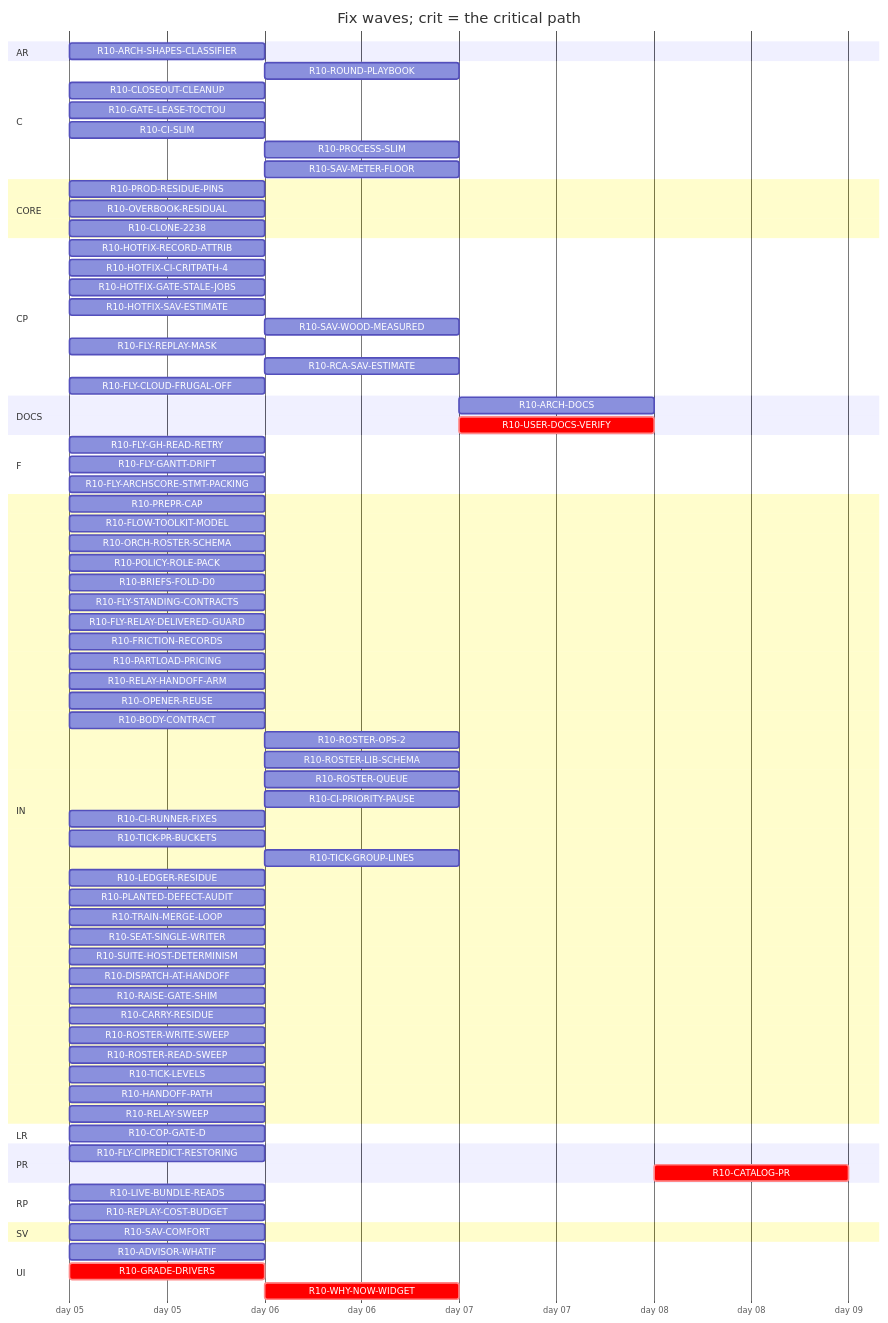
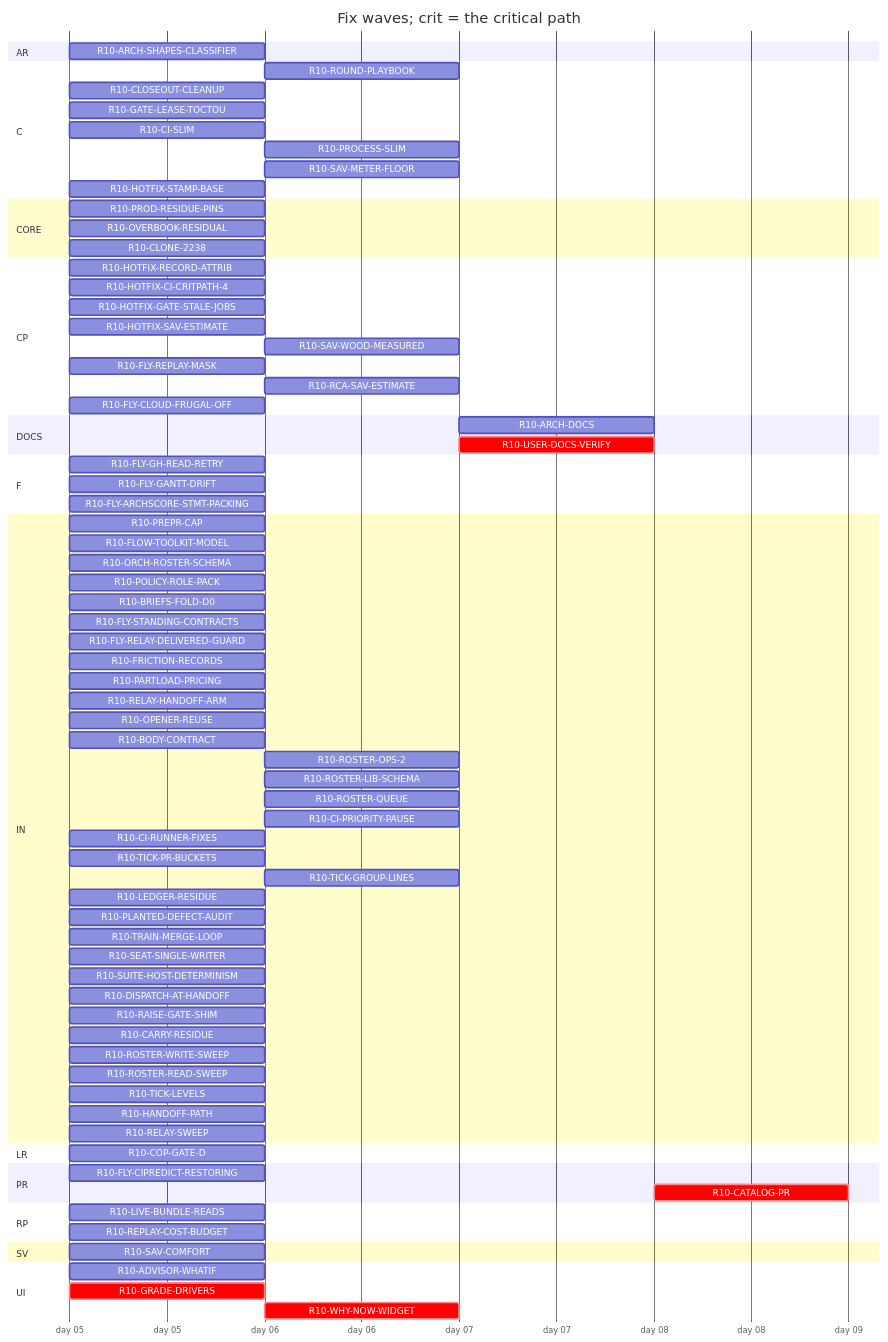
One commit to tvofi/heatpump_optimizer changed the diagram in handoff/round10/state/PLAN-TABLE.md. Above: the diagram before and after it, drawn with Mermaid. The commit also changed other lines of this file and 4 other files, not shown here.

Commit message:
state: FLOW-BOARD.md, NEXT-SESSION-PROMPT.md, PLAN-TABLE.md, PLAN.html, RESUME-CURRENT.md regenerated (state_docs.py)

```diff
--- a/handoff/round10/state/PLAN-TABLE.md
+++ b/handoff/round10/state/PLAN-TABLE.md
@@ -36,6 +36,7 @@
     R10-CI-SLIM :r10CISLIM, 2026-01-05, 1d
     R10-PROCESS-SLIM :r10PROCESSSLIM, after r10CISLIM, 1d
     R10-SAV-METER-FLOOR :r10SAVMETERFLOOR, after r10HOTFIXSAVESTIMATE r10SAVCOMFORT r10GRADEDRIVERS, 1d
+    R10-HOTFIX-STAMP-BASE :r10HOTFIXSTAMPBASE, 2026-01-05, 1d
   section CORE
     R10-PROD-RESIDUE-PINS :r10PRODRESIDUEPINS, 2026-01-05, 1d
     R10-OVERBOOK-RESIDUAL :r10OVERBOOKRESIDUAL, 2026-01-05, 1d
```
